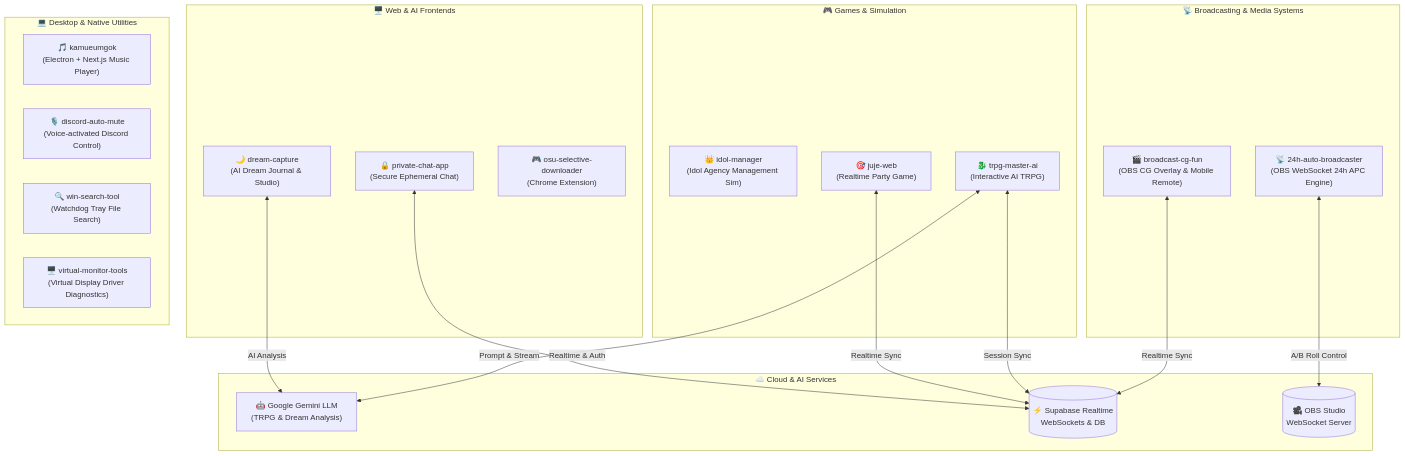
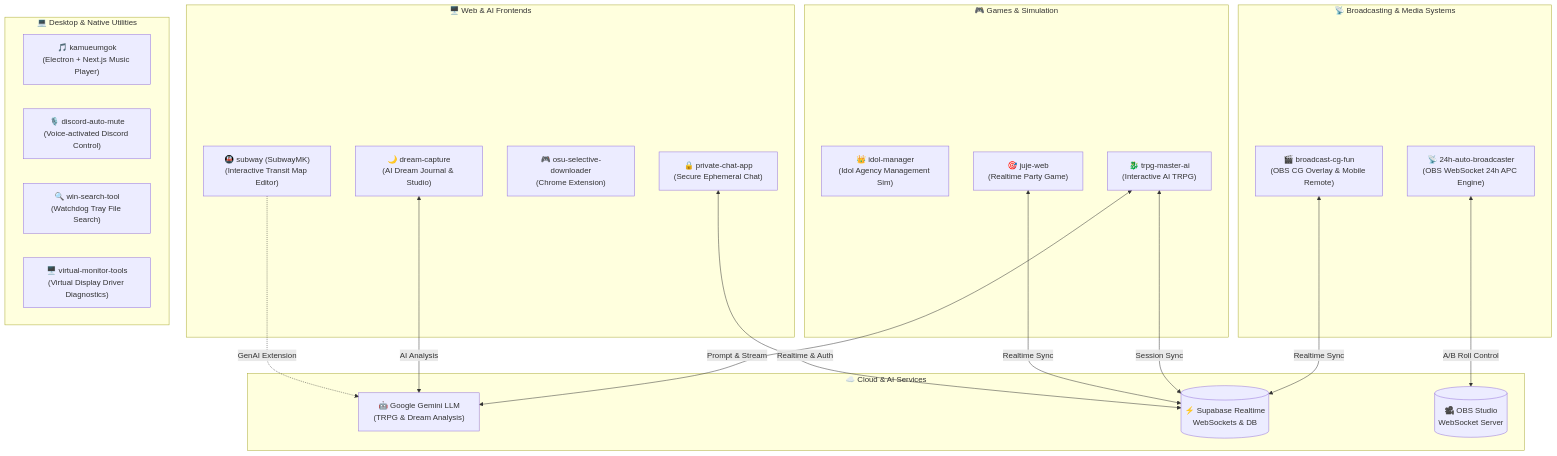
One commit to jscsarik/jsc_projects changed the diagram in README.md. Above: the diagram before and after it, drawn with Mermaid. The commit also changed other lines of this file and 17 other files, not shown here.

Commit message:
feat: add subway interactive route editor project and update docs

````diff
--- a/README.md
+++ b/README.md
@@ -21,40 +21,42 @@
 ```mermaid
 flowchart TD
     subgraph Broadcasting ["📡 Broadcasting & Media Systems"]
         AUTO["📡 24h-auto-broadcaster<br/>(OBS WebSocket 24h APC Engine)"]
         BCG["🎬 broadcast-cg-fun<br/>(OBS CG Overlay & Mobile Remote)"]
     end
 
     subgraph GamesAndSim ["🎮 Games & Simulation"]
         IDOL["👑 idol-manager<br/>(Idol Agency Management Sim)"]
         TRPG["🐉 trpg-master-ai<br/>(Interactive AI TRPG)"]
         JUJE["🎯 juje-web<br/>(Realtime Party Game)"]
     end
 
     subgraph WebAndAI ["🖥️ Web & AI Frontends"]
         DREAM["🌙 dream-capture<br/>(AI Dream Journal & Studio)"]
         CHAT["🔒 private-chat-app<br/>(Secure Ephemeral Chat)"]
         OSU["🎮 osu-selective-downloader<br/>(Chrome Extension)"]
+        SUBWAY["🚇 subway (SubwayMK)<br/>(Interactive Transit Map Editor)"]
     end
 
     subgraph NativeDesktop ["💻 Desktop & Native Utilities"]
         KAMU["🎵 kamueumgok<br/>(Electron + Next.js Music Player)"]
         DISCORD["🎙️ discord-auto-mute<br/>(Voice-activated Discord Control)"]
         SEARCH["🔍 win-search-tool<br/>(Watchdog Tray File Search)"]
         VMON["🖥️ virtual-monitor-tools<br/>(Virtual Display Driver Diagnostics)"]
     end
 
     subgraph BackendCloud ["☁️ Cloud & AI Services"]
         GEMINI["🤖 Google Gemini LLM<br/>(TRPG & Dream Analysis)"]
         SUPA[("⚡ Supabase Realtime<br/>WebSockets & DB")]
         OBS[("🎥 OBS Studio<br/>WebSocket Server")]
     end
 
     AUTO <-->|A/B Roll Control| OBS
     BCG <-->|Realtime Sync| SUPA
     TRPG <-->|Prompt & Stream| GEMINI
     DREAM <-->|AI Analysis| GEMINI
+    SUBWAY -.->|GenAI Extension| GEMINI
     TRPG <-->|Session Sync| SUPA
     JUJE <-->|Realtime Sync| SUPA
     CHAT <-->|Realtime & Auth| SUPA
 ```
````
